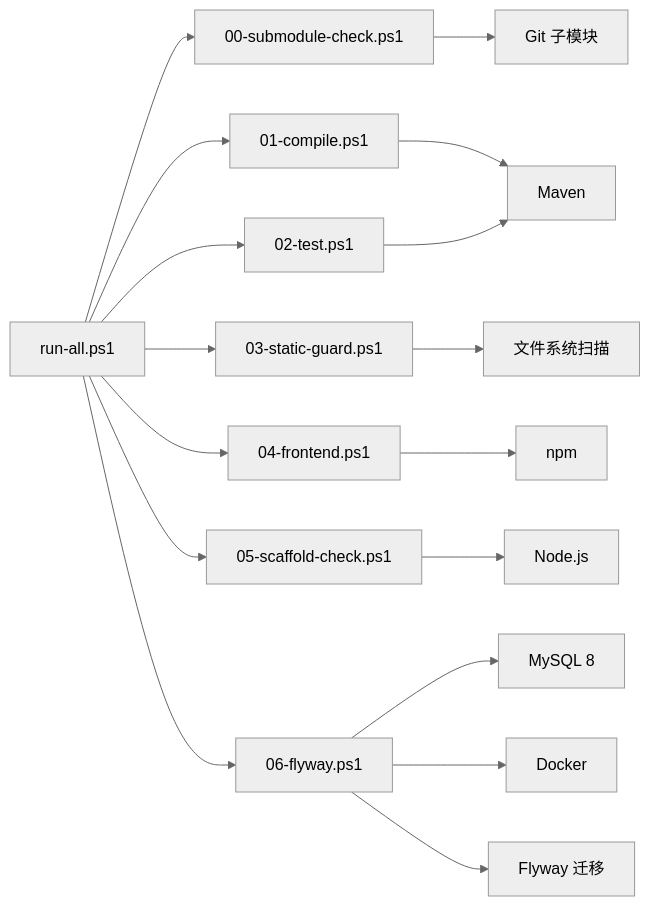
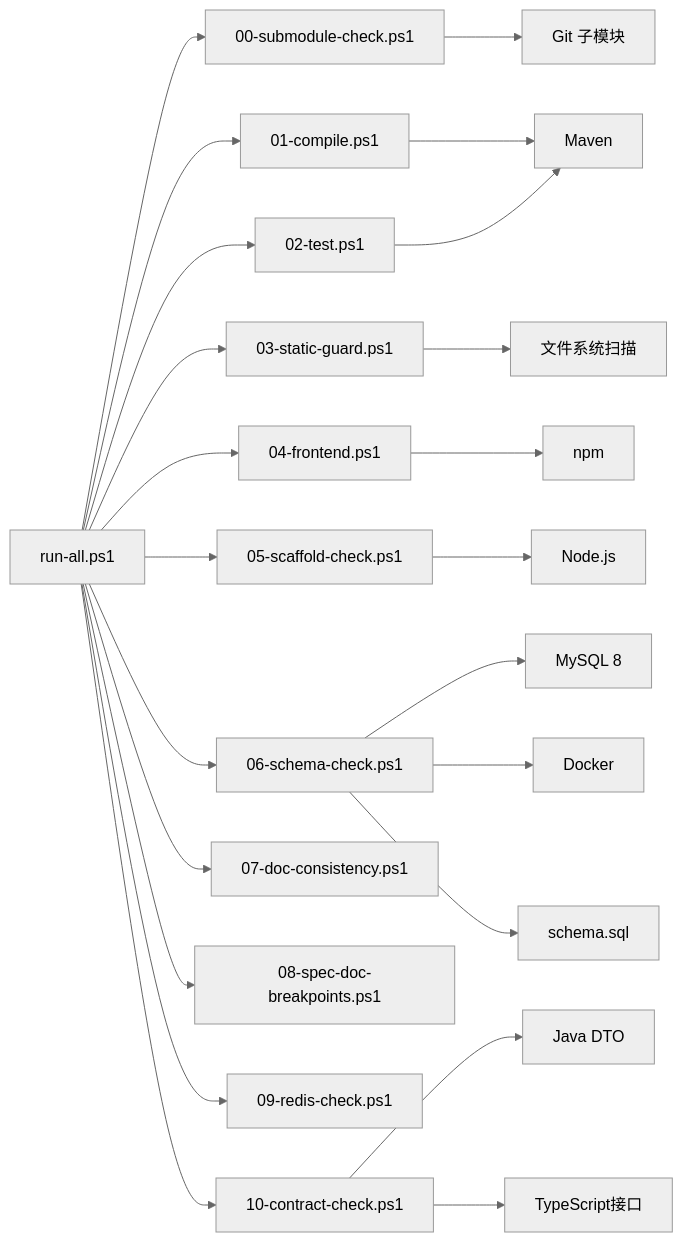
One commit to luyitiger6/my-first-project changed the eighth of 8 diagrams in .qoder/repowiki/zh/content/自动化验证/闸门系统概述.md. Above: the diagram before and after it, drawn with Mermaid (neutral theme). The commit also changed other lines of this file and 54 other files, not shown here.

````diff
--- a/.qoder/repowiki/zh/content/自动化验证/闸门系统概述.md
+++ b/.qoder/repowiki/zh/content/自动化验证/闸门系统概述.md
@@ -496,19 +391,25 @@
 ```mermaid
 graph LR
 RunAll["run-all.ps1"] --> Check00["00-submodule-check.ps1"]
 RunAll --> Check01["01-compile.ps1"]
 RunAll --> Check02["02-test.ps1"]
 RunAll --> Check03["03-static-guard.ps1"]
 RunAll --> Check04["04-frontend.ps1"]
 RunAll --> Check05["05-scaffold-check.ps1"]
-RunAll --> Check06["06-flyway.ps1"]
+RunAll --> Check06["06-schema-check.ps1"]
+RunAll --> Check07["07-doc-consistency.ps1"]
+RunAll --> Check08["08-spec-doc-breakpoints.ps1"]
+RunAll --> Check09["09-redis-check.ps1"]
+RunAll --> Check10["10-contract-check.ps1"]
 Check00 --> Git["Git 子模块"]
 Check01 --> Maven["Maven"]
 Check02 --> Maven
 Check03 --> Filesystem["文件系统扫描"]
 Check04 --> NPM["npm"]
 Check05 --> Node["Node.js"]
 Check06 --> MySQL["MySQL 8"]
 Check06 --> Docker["Docker"]
-Check06 --> Migration["Flyway 迁移"]
+Check06 --> Schema["schema.sql"]
+Check10 --> JavaDTO["Java DTO"]
+Check10 --> TSContracts["TypeScript接口"]
 ```
````
